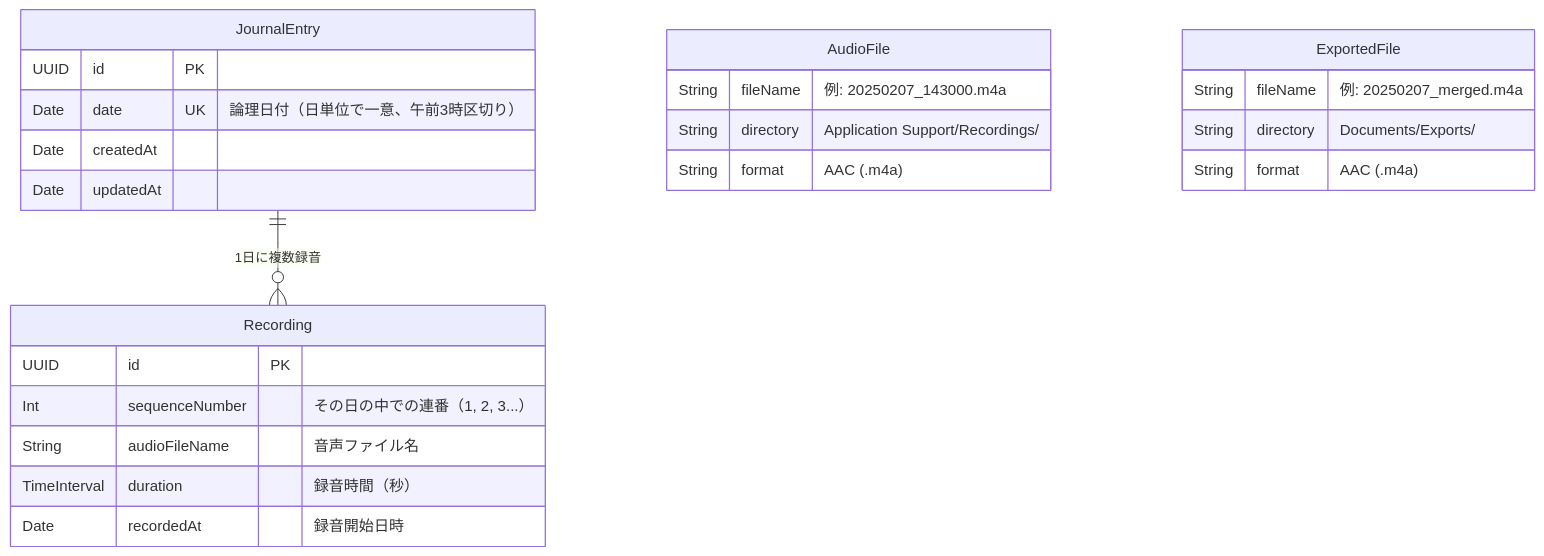
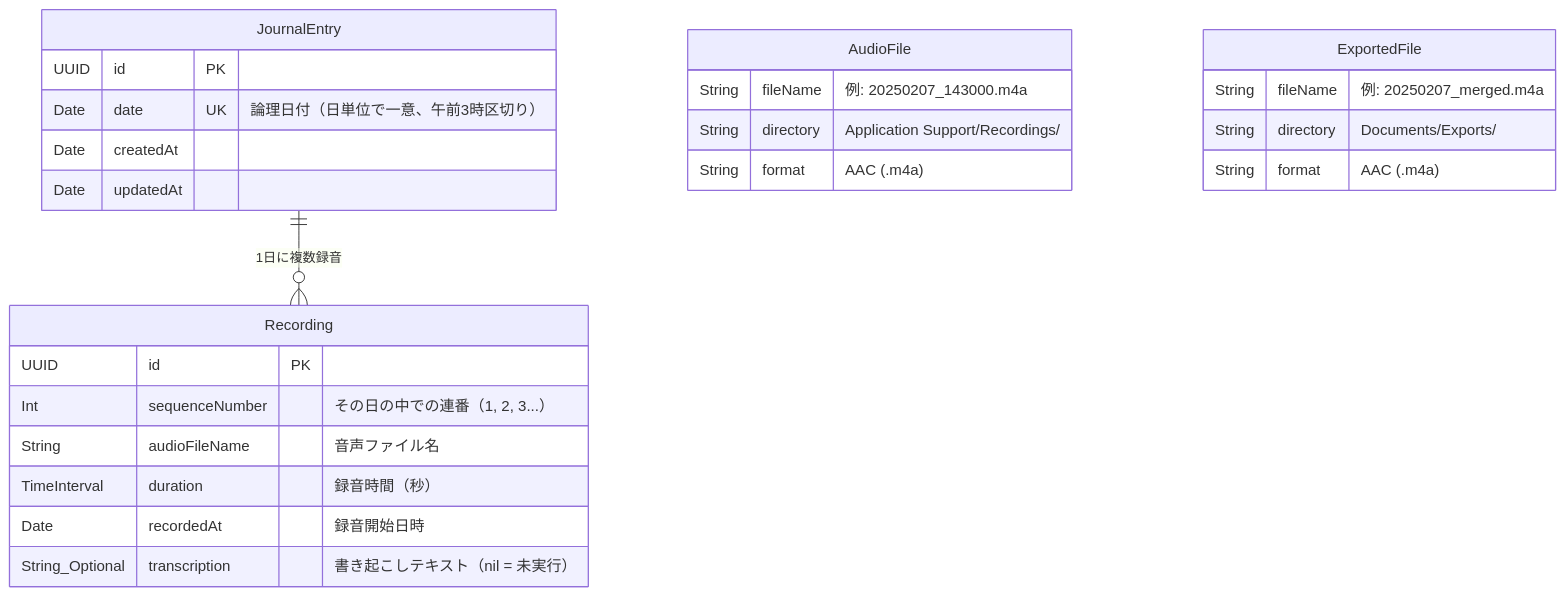
One commit to sy-hash/mind-echo changed the diagram in docs/design-prompt.md. Above: the diagram before and after it, drawn with Mermaid. The commit also changed other lines of this file and 8 other files, not shown here.

````diff
--- a/docs/design-prompt.md
+++ b/docs/design-prompt.md
@@ -81,31 +81,32 @@
 ```mermaid
 erDiagram
     JournalEntry {
         UUID id PK
         Date date UK "論理日付（日単位で一意、午前3時区切り）"
         Date createdAt
         Date updatedAt
     }
 
     Recording {
         UUID id PK
         Int sequenceNumber "その日の中での連番（1, 2, 3...）"
         String audioFileName "音声ファイル名"
         TimeInterval duration "録音時間（秒）"
         Date recordedAt "録音開始日時"
+        String_Optional transcription "書き起こしテキスト（nil = 未実行）"
     }
 
     JournalEntry ||--o{ Recording : "1日に複数録音"
 
     AudioFile {
         String fileName "例: 20250207_143000.m4a"
         String directory "Application Support/Recordings/"
         String format "AAC (.m4a)"
     }
 
     ExportedFile {
         String fileName "例: 20250207_merged.m4a"
         String directory "Documents/Exports/"
         String format "AAC (.m4a)"
     }
 ```
````
